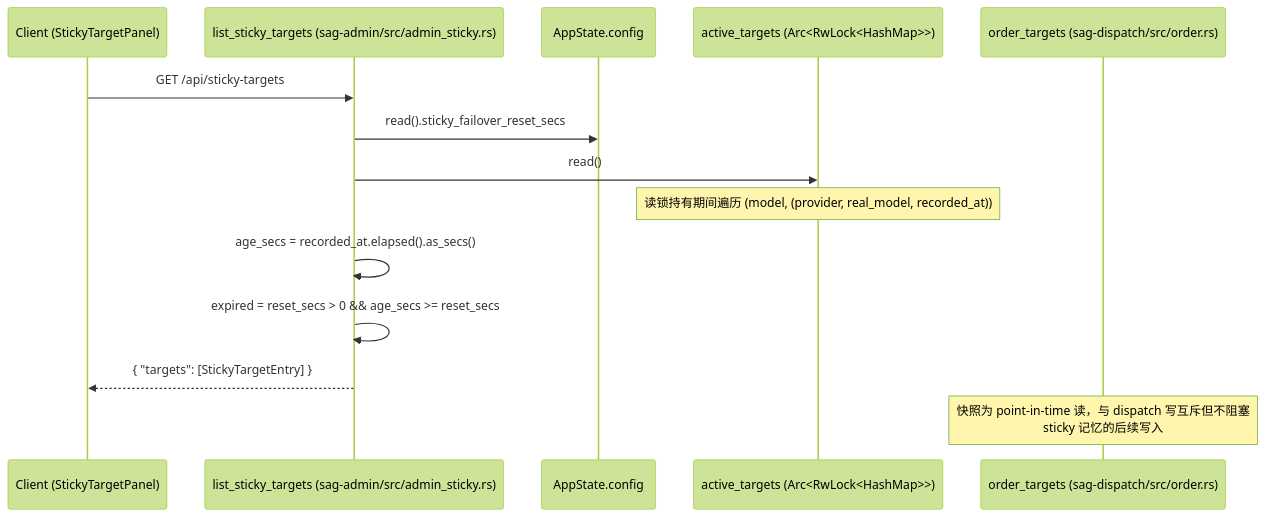
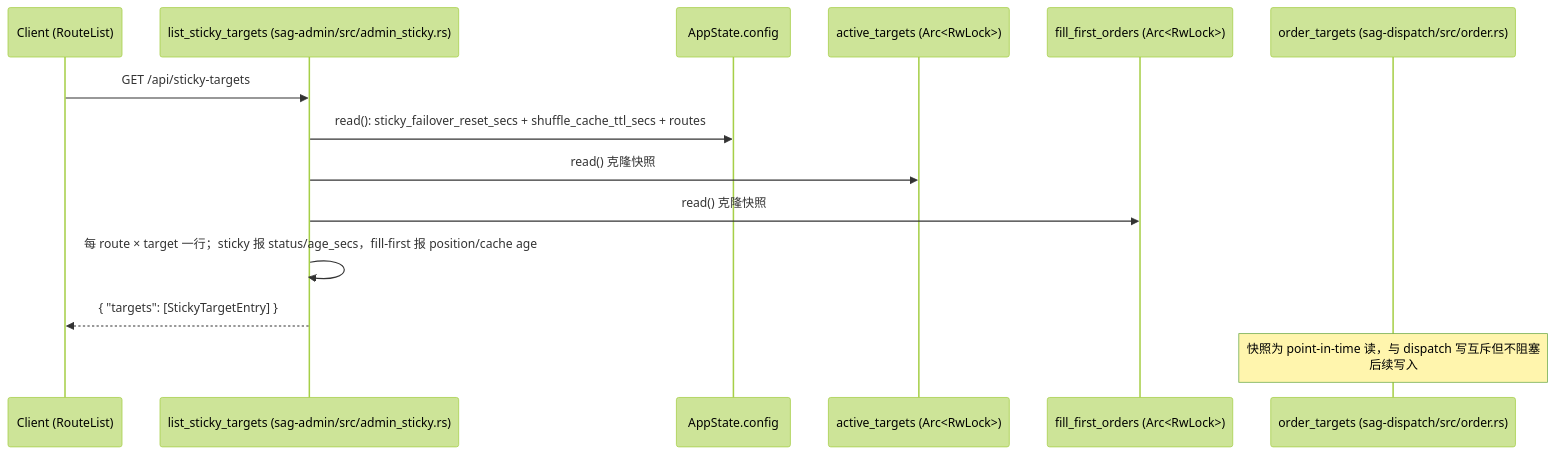
The first of 2 diagrams in docs/spec/sticky-targets-observability/spec.md (rainbowatcher/sag), drawn with Mermaid (forest theme) before and after one commit. The commit also changed other lines of this file and 14 other files, not shown here.

First line of the commit message:
feat(admin,dispatch,ui): add wildcard pin key and fill-first observability to sticky-targets

````diff
--- a/docs/spec/sticky-targets-observability/spec.md
+++ b/docs/spec/sticky-targets-observability/spec.md
@@ -43,17 +53,17 @@
 ```mermaid
 sequenceDiagram
-    participant C as Client (StickyTargetPanel)
+    participant C as Client (RouteList)
     participant H as list_sticky_targets (sag-admin/src/admin_sticky.rs)
     participant CFG as AppState.config
-    participant AT as active_targets (Arc<RwLock<HashMap>>)
+    participant AT as active_targets (Arc<RwLock>)
+    participant FO as fill_first_orders (Arc<RwLock>)
     participant OD as order_targets (sag-dispatch/src/order.rs)
 
     C->>H: GET /api/sticky-targets
-    H->>CFG: read().sticky_failover_reset_secs
-    H->>AT: read()
-    Note over AT: 读锁持有期间遍历 (model, (provider, real_model, recorded_at))
-    H->>H: age_secs = recorded_at.elapsed().as_secs()
-    H->>H: expired = reset_secs > 0 && age_secs >= reset_secs
+    H->>CFG: read(): sticky_failover_reset_secs + shuffle_cache_ttl_secs + routes
+    H->>AT: read() 克隆快照
+    H->>FO: read() 克隆快照
+    H->>H: 每 route × target 一行；sticky 报 status/age_secs，fill-first 报 position/cache age
     H-->>C: { "targets": [StickyTargetEntry] }
-    Note over OD: 快照为 point-in-time 读，与 dispatch 写互斥但不阻塞<br/>sticky 记忆的后续写入
+    Note over OD: 快照为 point-in-time 读，与 dispatch 写互斥但不阻塞<br/>后续写入
 ```
````
